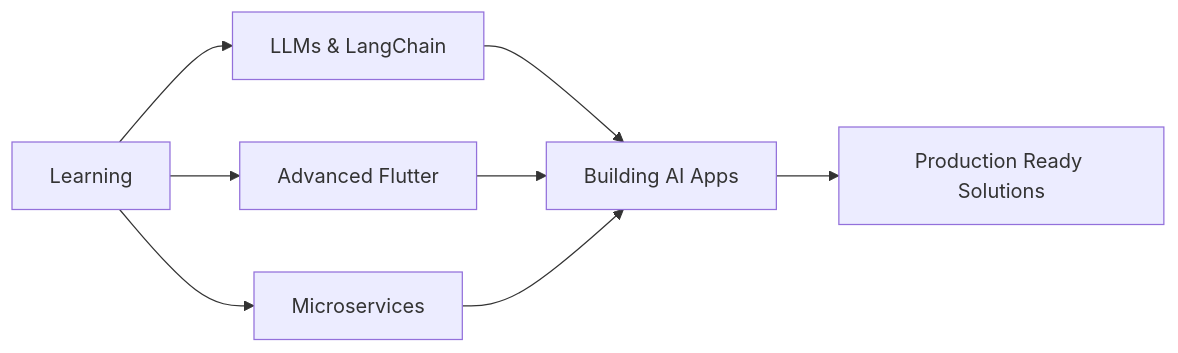
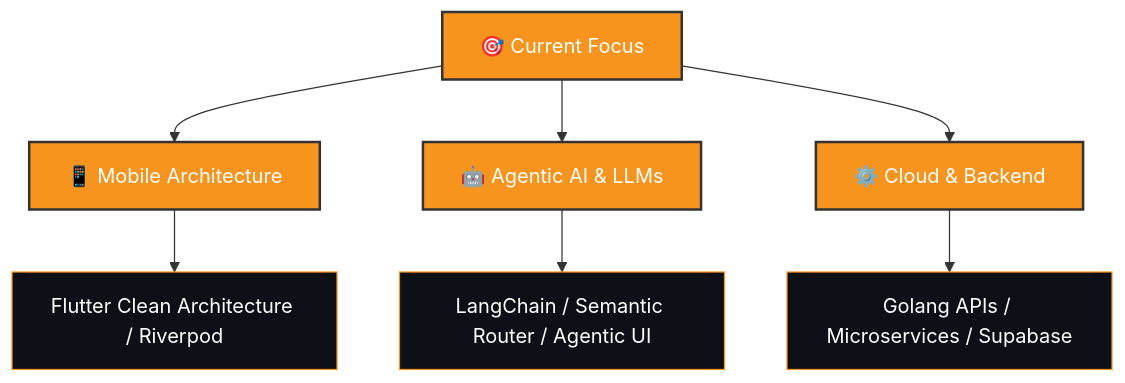
One commit to tetraxion/tetraxion changed the diagram in README.md. Above: the diagram before and after it, drawn with Mermaid. The commit also changed other lines of this file, not shown here.

Commit message:
docs: overhaul README with updated layout, tech stack table, and featured projects section

````diff
--- a/README.md
+++ b/README.md
@@ -200,10 +191,13 @@
 ```mermaid
-graph LR
-    A[Learning] --> B[LLMs & LangChain]
-    A --> C[Advanced Flutter]
-    A --> D[Microservices]
-    B --> E[Building AI Apps]
-    C --> E
-    D --> E
-    E --> F[Production Ready Solutions]
+flowchart TD
+    classDef focus fill:#F7941D,stroke:#333,stroke-width:2px,color:#fff;
+    classDef tech fill:#0D1117,stroke:#F7941D,stroke-width:1px,color:#fff;
+    
+    A[🎯 Current Focus]:::focus --> B[📱 Mobile Architecture]:::focus
+    A --> C[🤖 Agentic AI & LLMs]:::focus
+    A --> D[⚙️ Cloud & Backend]:::focus
+    
+    B --> B1[Flutter Clean Architecture / Riverpod]:::tech
+    C --> C1[LangChain / Semantic Router / Agentic UI]:::tech
+    D --> D1[Golang APIs / Microservices / Supabase]:::tech
 ```
````
